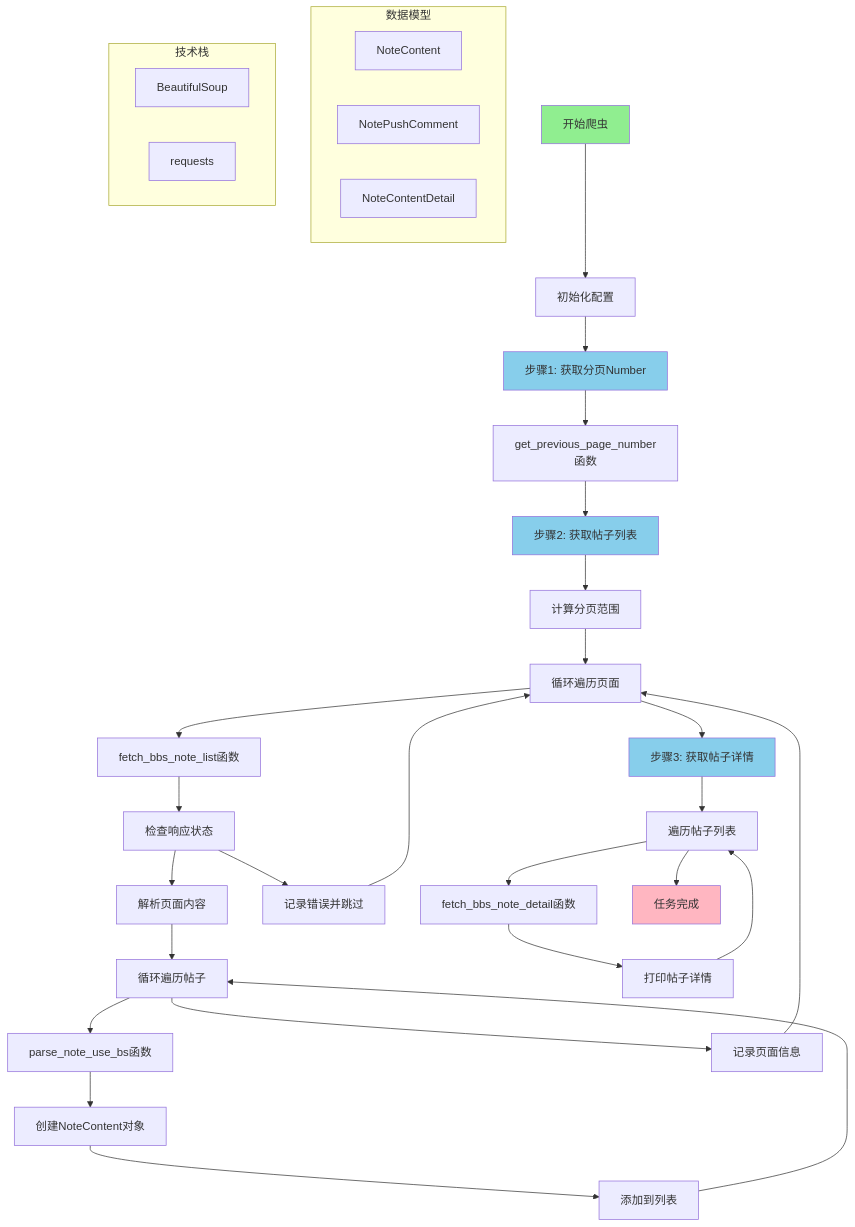
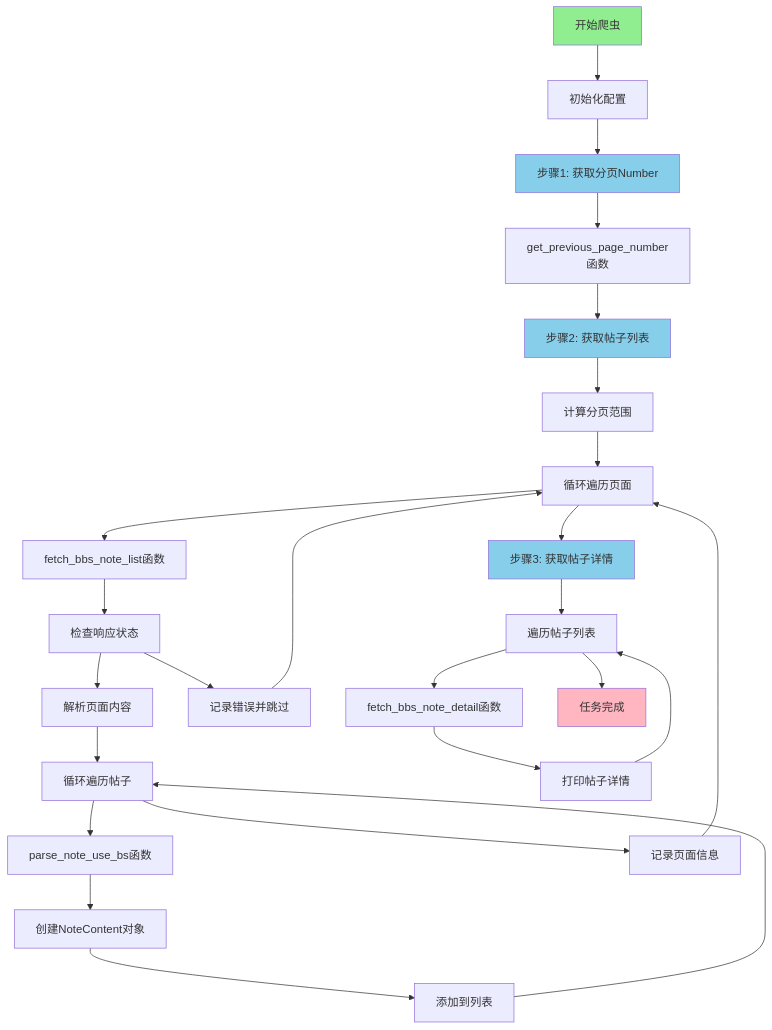
One commit to XianMing-Wu/Web_Crawler_Learning_Notes changed the diagram in 基础入门/万星爬虫项目作者爬虫入门视频学习笔记/1-静态网页数据爬取/1-同步版本/step2/step2流程图.md. Above: the diagram before and after it, drawn with Mermaid. The commit also changed 1 other file, not shown here.

Commit message:
更新step2流程图文件：添加Mermaid格式流程图和PDF版本

````diff
--- a/基础入门/万星爬虫项目作者爬虫入门视频学习笔记/1-静态网页数据爬取/1-同步版本/step2/step2流程图.md
+++ b/基础入门/万星爬虫项目作者爬虫入门视频学习笔记/1-静态网页数据爬取/1-同步版本/step2/step2流程图.md
@@ -1,44 +1,33 @@
 ```mermaid
 graph TD
     Start["开始爬虫"] --> Config["初始化配置"]
     Config --> Step1["步骤1: 获取分页Number"]
     Step1 --> GetPageNum["get_previous_page_number函数"]
     GetPageNum --> Step2["步骤2: 获取帖子列表"]
     Step2 --> CalcRange["计算分页范围"]
     CalcRange --> LoopPages["循环遍历页面"]
     LoopPages --> FetchPage["fetch_bbs_note_list函数"]
     FetchPage --> CheckStatus["检查响应状态"]
     CheckStatus --> Success["解析页面内容"]
     CheckStatus --> Error["记录错误并跳过"]
     Error --> LoopPages
     Success --> LoopNotes["循环遍历帖子"]
     LoopNotes --> ParseNote["parse_note_use_bs函数"]
     ParseNote --> CreateNote["创建NoteContent对象"]
     CreateNote --> AddList["添加到列表"]
     AddList --> LoopNotes
     LoopNotes --> CompletePage["记录页面信息"]
     CompletePage --> LoopPages
     LoopPages --> Step3["步骤3: 获取帖子详情"]
     Step3 --> LoopDetail["遍历帖子列表"]
     LoopDetail --> FetchDetail["fetch_bbs_note_detail函数"]
     FetchDetail --> PrintDetail["打印帖子详情"]
     PrintDetail --> LoopDetail
     LoopDetail --> End["任务完成"]
 
-    subgraph 数据模型
-        NoteContent["NoteContent"]
-        NotePushComment["NotePushComment"]
-        NoteContentDetail["NoteContentDetail"]
-    end
-
-    subgraph 技术栈
-        BS["BeautifulSoup"]
-        REQ["requests"]
-    end
-
     style Start fill:#90EE90
     style End fill:#FFB6C1
     style Step1 fill:#87CEEB
     style Step2 fill:#87CEEB
     style Step3 fill:#87CEEB
 ```
````
